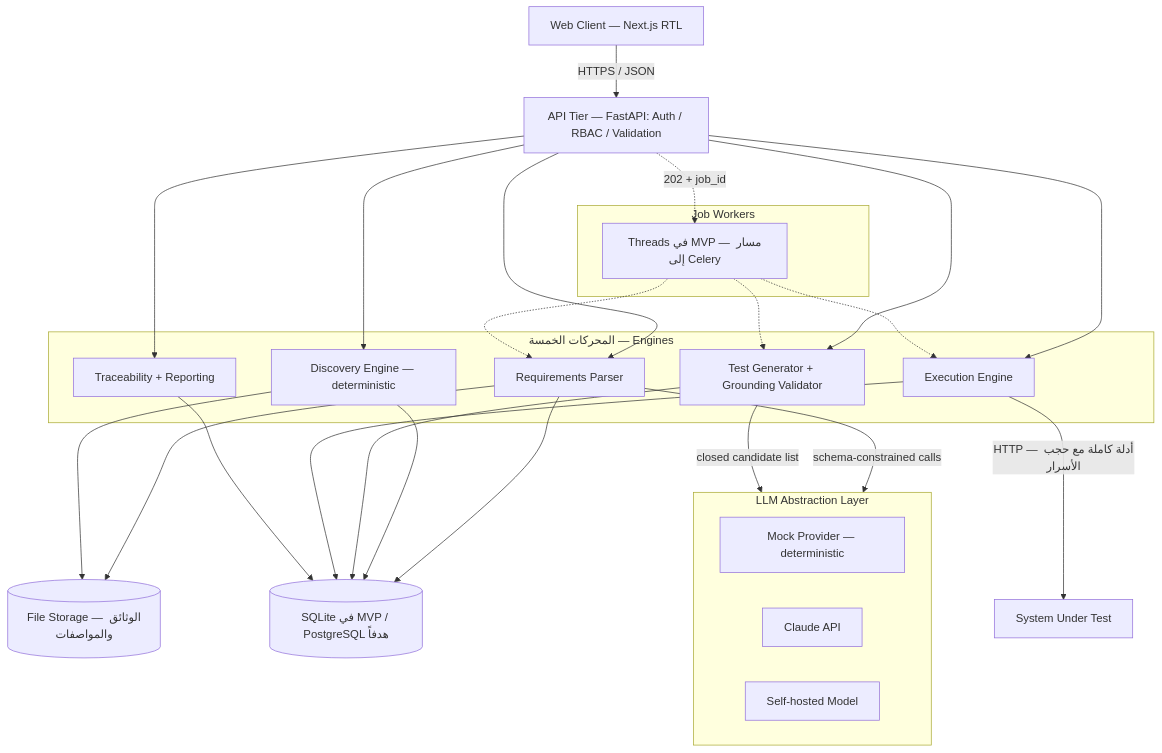
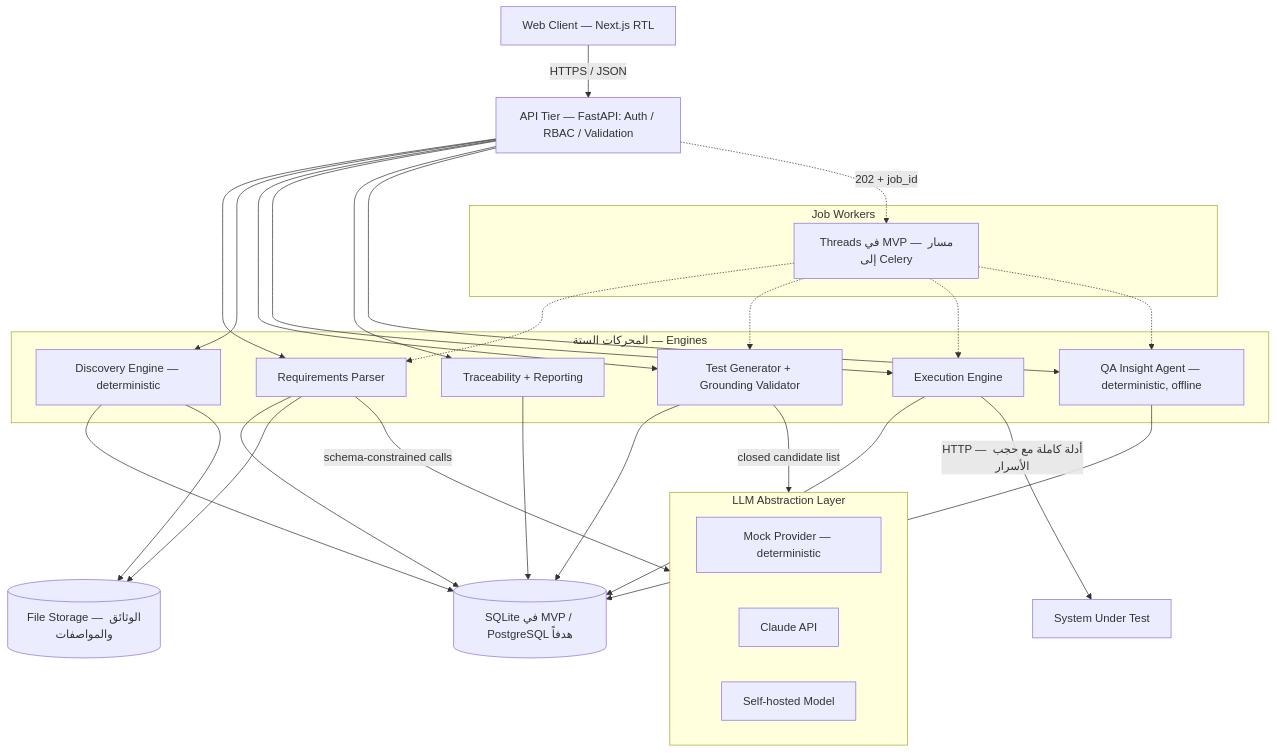
The first of 9 diagrams in docs/ARCHITECTURE.md (Abo5/traceo), drawn with Mermaid before and after one commit. The commit also changed other lines of this file and 44 other files, not shown here.

````diff
--- a/docs/ARCHITECTURE.md
+++ b/docs/ARCHITECTURE.md
@@ -12,50 +12,54 @@
 ```mermaid
 flowchart TB
     WC["Web Client — Next.js RTL"]
     API["API Tier — FastAPI: Auth / RBAC / Validation"]
 
     WC -->|"HTTPS / JSON"| API
 
-    subgraph ENGINES["المحركات الخمسة — Engines"]
+    subgraph ENGINES["المحركات الستة — Engines"]
         RP["Requirements Parser"]
         DE["Discovery Engine — deterministic"]
         TG["Test Generator + Grounding Validator"]
         EX["Execution Engine"]
         TR["Traceability + Reporting"]
+        IN["QA Insight Agent — deterministic, offline"]
     end
 
     API --> RP
     API --> DE
     API --> TG
     API --> EX
     API --> TR
+    API --> IN
 
     subgraph JOBS["Job Workers"]
         JW["Threads في MVP — مسار إلى Celery"]
     end
     API -.->|"202 + job_id"| JW
     JW -.-> RP
     JW -.-> TG
     JW -.-> EX
+    JW -.-> IN
 
     DB[("SQLite في MVP / PostgreSQL هدفاً")]
     FS[("File Storage — الوثائق والمواصفات")]
     RP --> DB
     DE --> DB
     TG --> DB
     EX --> DB
     TR --> DB
+    IN --> DB
     RP --> FS
     DE --> FS
 
     subgraph LLM["LLM Abstraction Layer"]
         MOCK["Mock Provider — deterministic"]
         CLAUDE["Claude API"]
         SELF["Self-hosted Model"]
     end
     RP -->|"schema-constrained calls"| LLM
     TG -->|"closed candidate list"| LLM
 
     SUT["System Under Test"]
     EX -->|"HTTP — أدلة كاملة مع حجب الأسرار"| SUT
 ```
````
